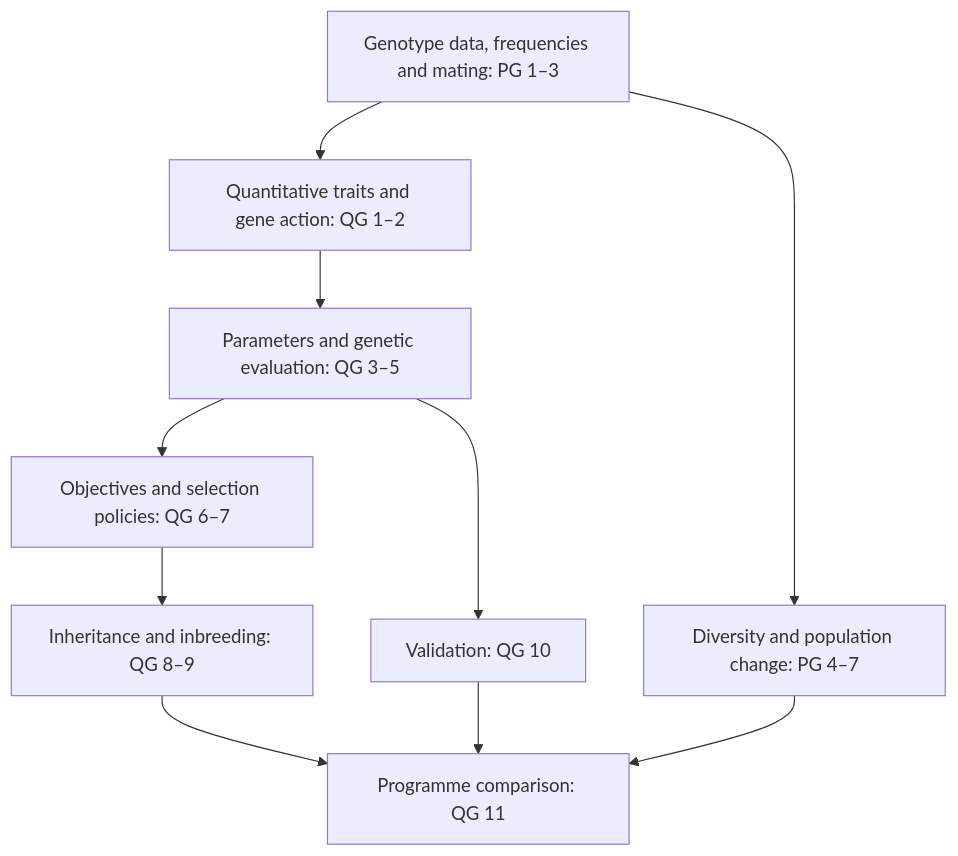
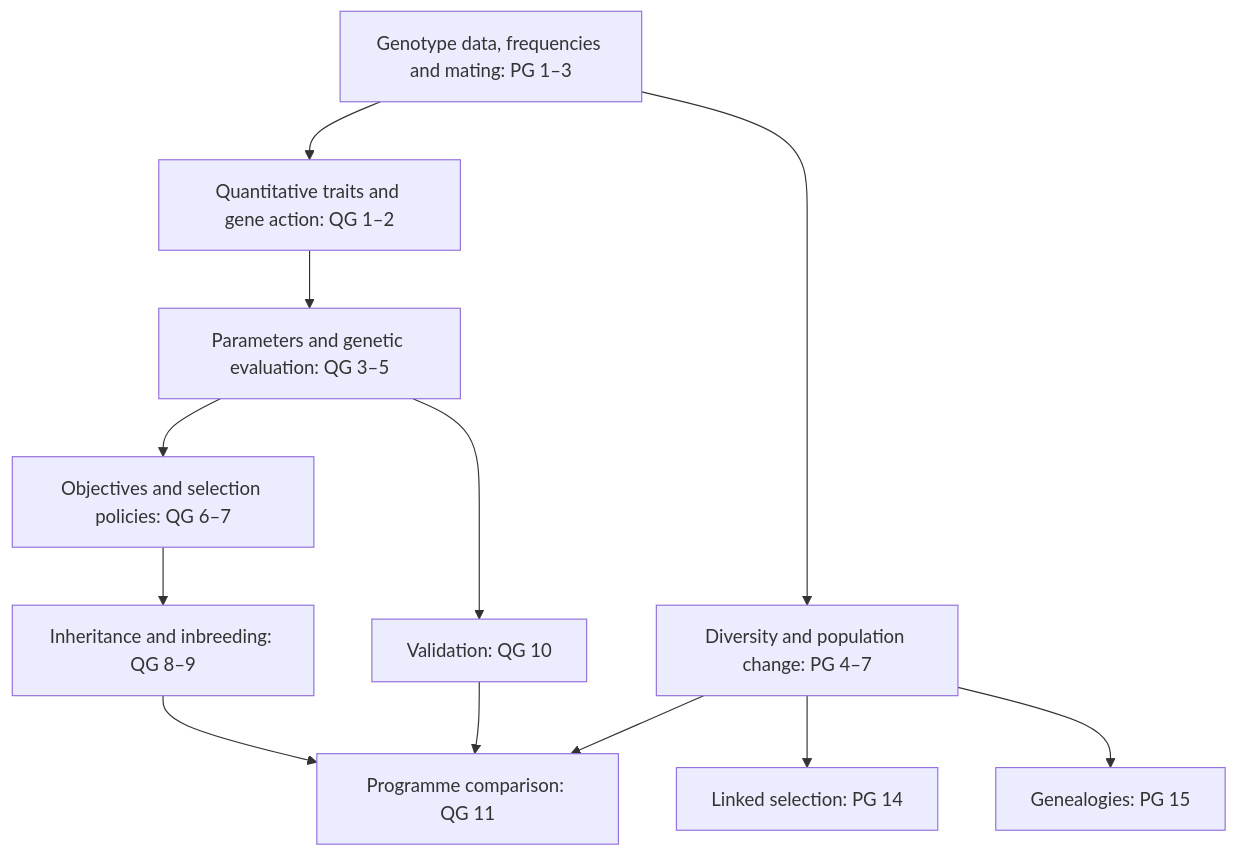
Before and after one commit to psoerensen/quantitative-genetics: the diagram in tutorials/course_map.qmd, drawn with Mermaid. The commit also changed other lines of this file and 2 other files, not shown here.

````diff
--- a/tutorials/course_map.qmd
+++ b/tutorials/course_map.qmd
@@ -16,12 +16,14 @@
 ```{mermaid}
 flowchart TD
   A["Genotype data, frequencies and mating: PG 1–3"] --> B["Diversity and population change: PG 4–7"]
   A --> C["Quantitative traits and gene action: QG 1–2"]
   C --> D["Parameters and genetic evaluation: QG 3–5"]
   D --> E["Objectives and selection policies: QG 6–7"]
   E --> F["Inheritance and inbreeding: QG 8–9"]
   D --> G["Validation: QG 10"]
   F --> H["Programme comparison: QG 11"]
   G --> H
   B --> H
+  B --> I["Linked selection: PG 14"]
+  B --> J["Genealogies: PG 15"]
 ```
````
